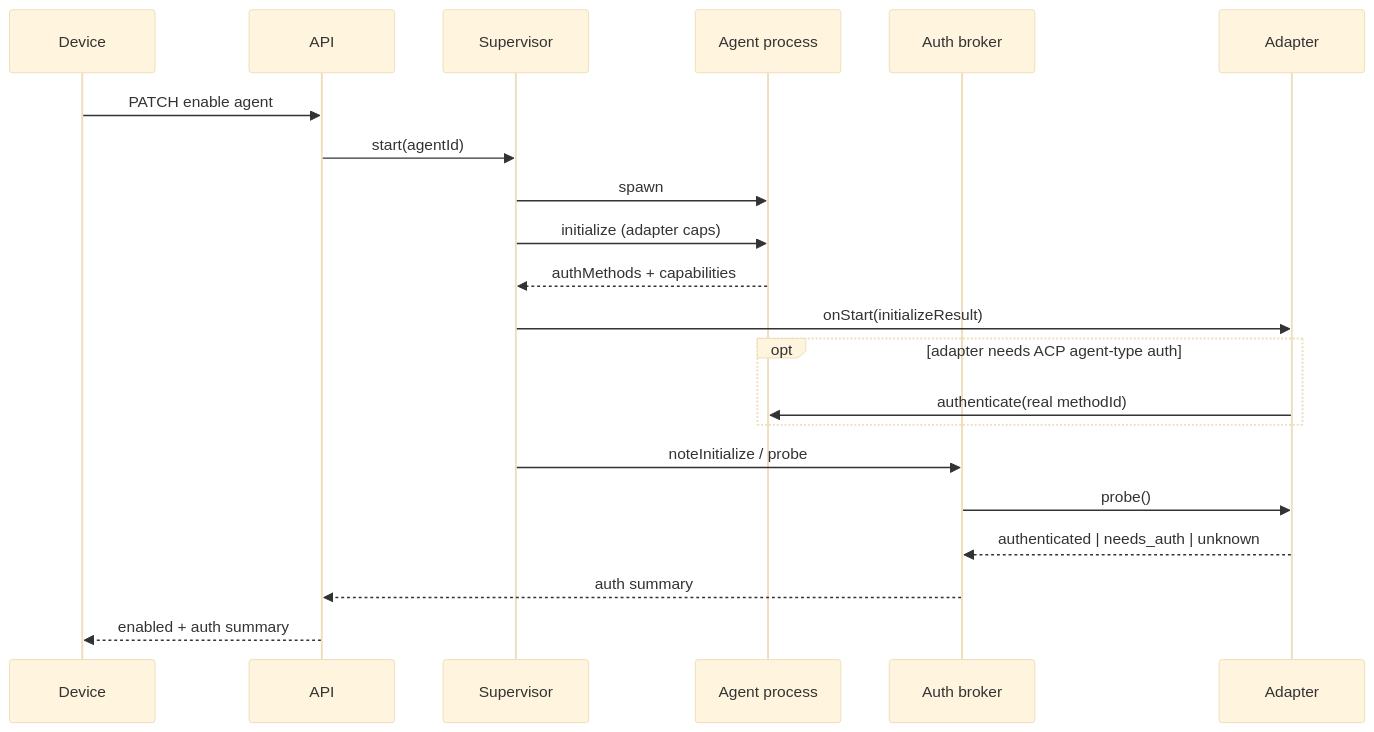
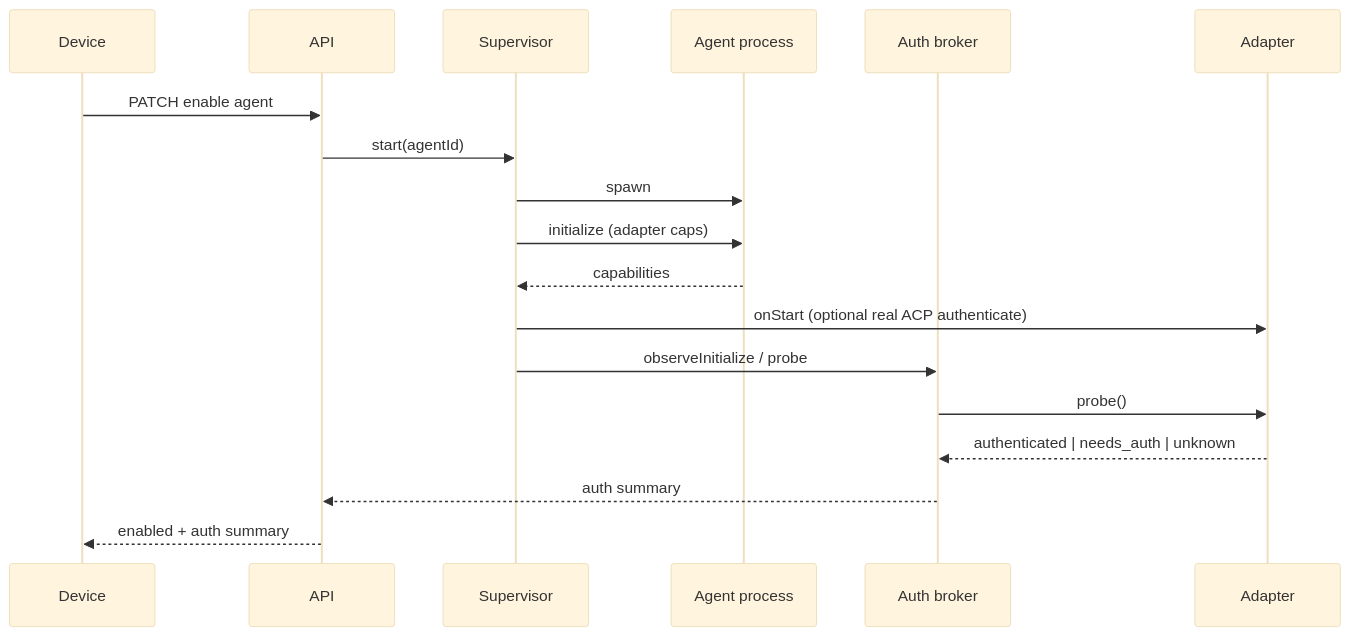
The third of 7 diagrams in docs/adr/0004-agent-auth-broker.md (codenamegary/harold), drawn with Mermaid (base theme) before and after one commit. The commit also changed other lines of this file and 1 other file, not shown here.

````diff
--- a/docs/adr/0004-agent-auth-broker.md
+++ b/docs/adr/0004-agent-auth-broker.md
@@ -140,24 +149,21 @@
 ```mermaid
 sequenceDiagram
   participant Device
   participant API
   participant Super as Supervisor
   participant Agent as Agent process
   participant Broker as Auth broker
   participant Adapter
 
   Device->>API: PATCH enable agent
   API->>Super: start(agentId)
   Super->>Agent: spawn
   Super->>Agent: initialize (adapter caps)
-  Agent-->>Super: authMethods + capabilities
-  Super->>Adapter: onStart(initializeResult)
-  opt adapter needs ACP agent-type auth
-    Adapter->>Agent: authenticate(real methodId)
-  end
-  Super->>Broker: noteInitialize / probe
+  Agent-->>Super: capabilities
+  Super->>Adapter: onStart (optional real ACP authenticate)
+  Super->>Broker: observeInitialize / probe
   Broker->>Adapter: probe()
   Adapter-->>Broker: authenticated | needs_auth | unknown
   Broker-->>API: auth summary
   API-->>Device: enabled + auth summary
 ```
````
